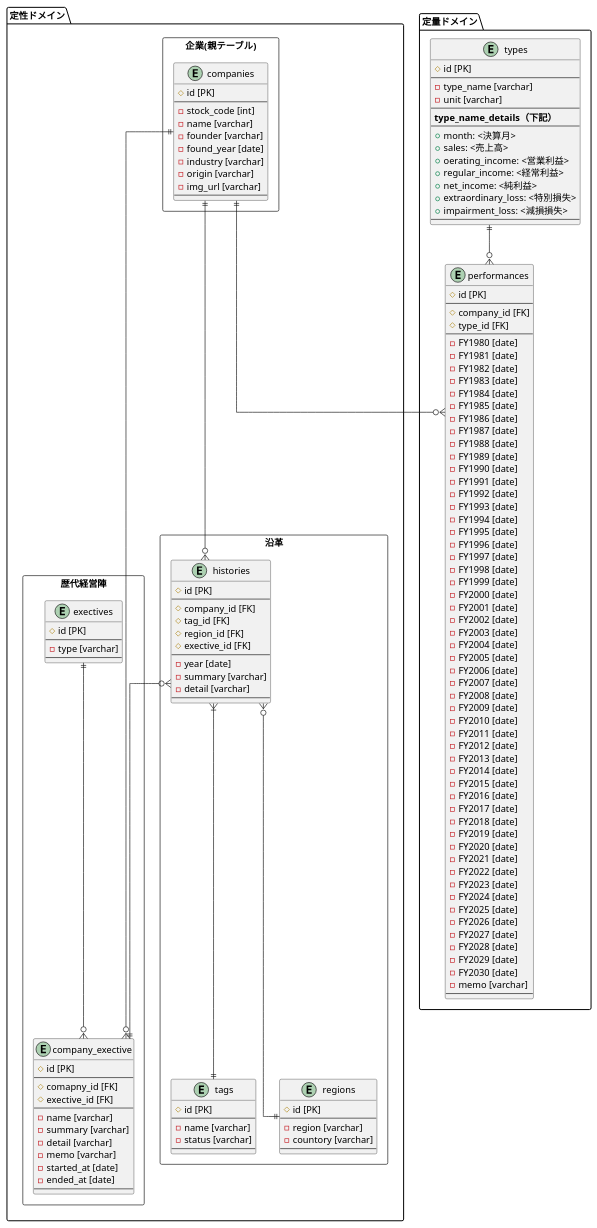
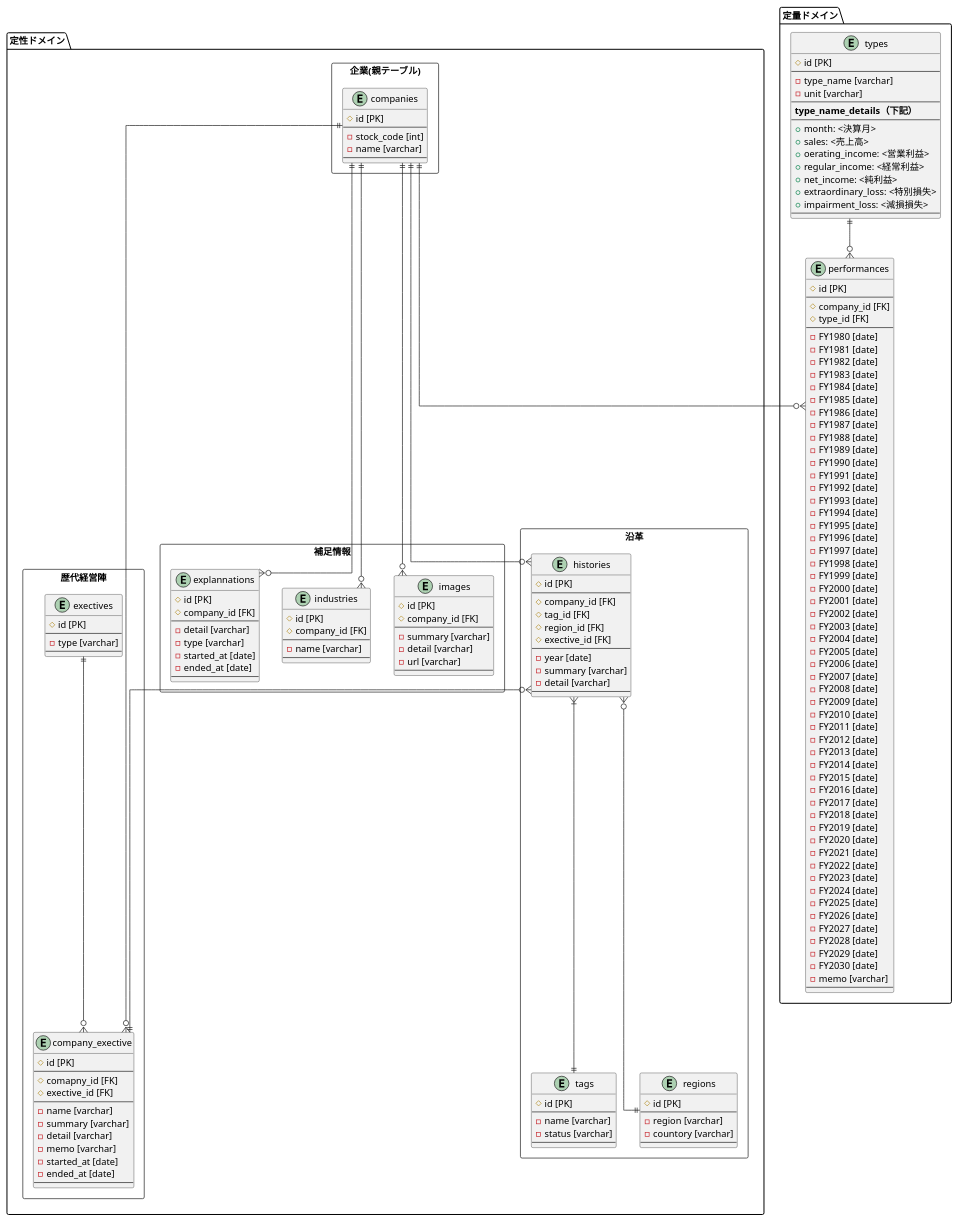
The diagram in app/Domain/ER/ConceptualModel.pu (yutakasugiura/shashi-api), drawn with PlantUML before and after one commit. The commit also changed 22 other files, not shown here.

```diff
--- a/app/Domain/ER/ConceptualModel.pu
+++ b/app/Domain/ER/ConceptualModel.pu
@@ -1,168 +1,197 @@
 @startuml
 
 ' avoid problems with angled crows feet
 skinparam linetype ortho
 
 package 定性ドメイン {
     package 企業(親テーブル) <<Rectangle>> {
         entity "companies" {
             # id [PK]
             --
             - stock_code [int]
             - name [varchar]
-            - founder [varchar]
-            - found_year [date]
-            - industry [varchar]
-            - origin [varchar]
-            - img_url [varchar]
             --
         }
     }
 
     package 沿革 <<Rectangle>> {
         entity "histories" {
             # id [PK]
             --
             # company_id [FK]
             # tag_id [FK]
             # region_id [FK]
             # exective_id [FK]
             --
             - year [date]
             - summary [varchar]
             - detail [varchar]
             --
         }
 
         entity "tags" {
             # id [PK]
             --
             - name [varchar]
             - status [varchar]
             --
         }
 
         entity "regions" {
             # id [PK]
             --
             - region [varchar]
             - countory [varchar]
             --
         }
     }
 
     package  歴代経営陣 <<Rectangle>> {
         entity "exectives" {
             # id [PK]
             --
             - type [varchar]
             --
         }
 
         entity "company_exective" {
             # id [PK]
             --
             # comapny_id [FK]
             # exective_id [FK]
             --
             - name [varchar]
             - summary [varchar]
             - detail [varchar]
             - memo [varchar]
+            - started_at [date]
+            - ended_at [date]
+            --
+        }
+    }
+
+    package 補足情報 <<Rectangle>> {
+        entity "images" {
+            # id [PK]
+            # company_id [FK]
+            --
+            - summary [varchar]
+            - detail [varchar]
+            - url [varchar]
+            --
+        }
+
+        entity "industries" {
+            # id [PK]
+            # company_id [FK]
+            --
+            - name [varchar]
+            --
+        }
+
+        entity "explannations" {
+            # id [PK]
+            # company_id [FK]
+            --
+            - detail [varchar]
+            - type [varchar]
             - started_at [date]
             - ended_at [date]
             --
         }
     }
 }
 
 package 定量ドメイン {
     entity "performances" {
         # id [PK]
         --
         # company_id [FK]
         # type_id [FK]
         --
         - FY1980 [date]
         - FY1981 [date]
         - FY1982 [date]
         - FY1983 [date]
         - FY1984 [date]
         - FY1985 [date]
         - FY1986 [date]
         - FY1987 [date]
         - FY1988 [date]
         - FY1989 [date]
         - FY1990 [date]
         - FY1991 [date]
         - FY1992 [date]
         - FY1993 [date]
         - FY1994 [date]
         - FY1995 [date]
         - FY1996 [date]
         - FY1997 [date]
         - FY1998 [date]
         - FY1999 [date]
         - FY2000 [date]
         - FY2001 [date]
         - FY2002 [date]
         - FY2003 [date]
         - FY2004 [date]
         - FY2005 [date]
         - FY2006 [date]
         - FY2007 [date]
         - FY2008 [date]
         - FY2009 [date]
         - FY2010 [date]
         - FY2011 [date]
         - FY2012 [date]
         - FY2013 [date]
         - FY2014 [date]
         - FY2015 [date]
         - FY2016 [date]
         - FY2017 [date]
         - FY2018 [date]
         - FY2019 [date]
         - FY2020 [date]
         - FY2021 [date]
         - FY2022 [date]
         - FY2023 [date]
         - FY2024 [date]
         - FY2025 [date]
         - FY2026 [date]
         - FY2027 [date]
         - FY2028 [date]
         - FY2029 [date]
         - FY2030 [date]
         - memo [varchar]
         --
     }
 
     entity "types" {
         # id [PK]
         --
         - type_name [varchar]
         - unit [varchar]
         --
         <b>type_name_details（下記）</b>
         --
         + month: <決算月>
         + sales: <売上高>
         + oerating_income: <営業利益>
         + regular_income: <経常利益>
         + net_income: <純利益>
         + extraordinary_loss: <特別損失>
         + impairment_loss: <減損損失>
         --
     }
 }
 
 companies ||--o{ performances
 companies ||--o{ histories
 companies ||--o{ company_exective
+companies ||--o{ industries
+companies ||--o{ images
+companies ||--o{ explannations
 histories }o--|| company_exective
 histories }|--|| tags
 histories }o--|| regions
 exectives ||--o{ company_exective
 types ||--o{ performances
 @enduml
```
